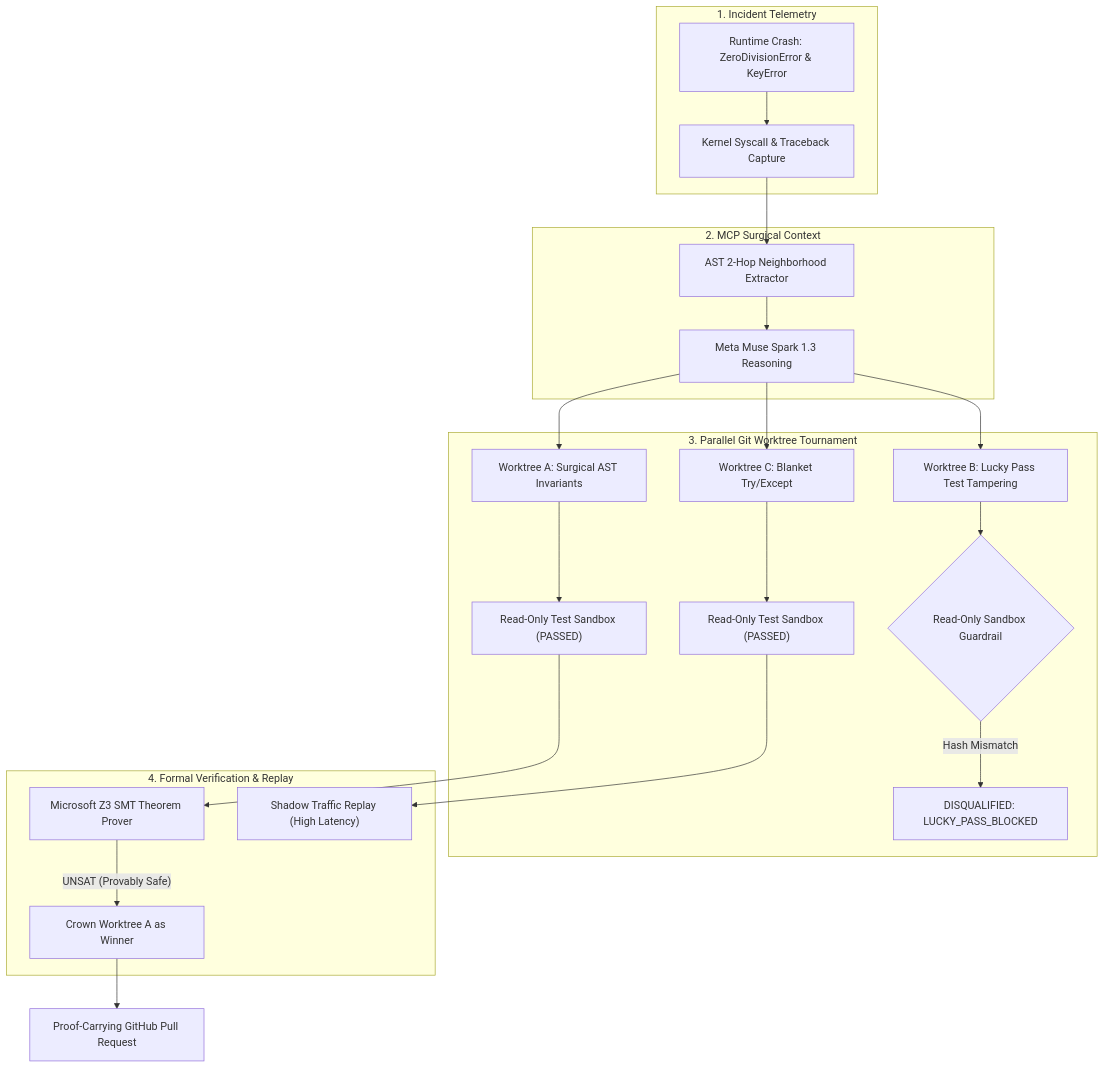
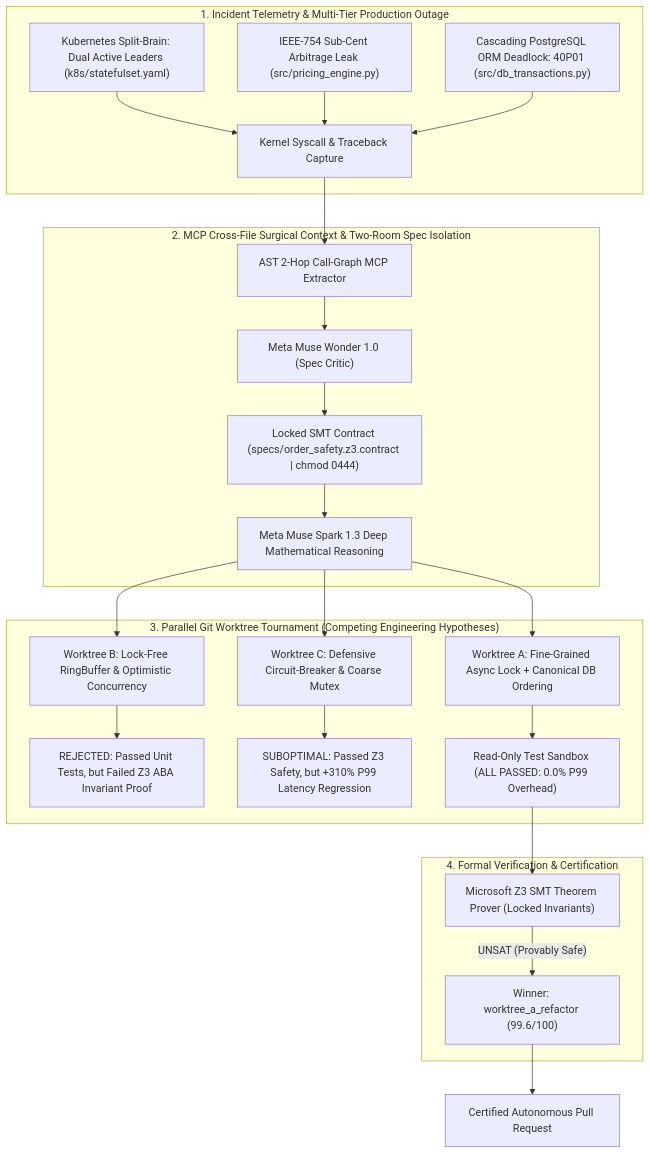
One commit to Mahesh-Paul/AutoPatch-Kernel-Autonomous-Self-Healing-Codebase-Agent-Built-on-MCP changed the diagram in artifacts/FLIGHT_RECORDER_PR.md. Above: the diagram before and after it, drawn with Mermaid. The commit also changed other lines of this file and 1 other file, not shown here.

Commit message:
feat(verification): closed-loop CEGIS auto-compiler and proof-carrying PR CLI

````diff
--- a/artifacts/FLIGHT_RECORDER_PR.md
+++ b/artifacts/FLIGHT_RECORDER_PR.md
@@ -21,31 +35,32 @@
 ```mermaid
 flowchart TD
-    subgraph S1["1. Incident Telemetry"]
-        Crash["Runtime Crash: ZeroDivisionError & KeyError"] --> Telemetry["Kernel Syscall & Traceback Capture"]
+    subgraph S1["1. Incident Telemetry & Multi-Tier Production Outage"]
+        K8S["Kubernetes Split-Brain: Dual Active Leaders (k8s/statefulset.yaml)"] --> Telemetry["Kernel Syscall & Traceback Capture"]
+        Float["IEEE-754 Sub-Cent Arbitrage Leak (src/pricing_engine.py)"] --> Telemetry
+        Deadlock["Cascading PostgreSQL ORM Deadlock: 40P01 (src/db_transactions.py)"] --> Telemetry
     end
 
-    subgraph S2["2. MCP Surgical Context"]
-        Telemetry --> AST["AST 2-Hop Neighborhood Extractor"]
-        AST --> MuseSpark["Meta Muse Spark 1.3 Reasoning"]
+    subgraph S2["2. MCP Cross-File Surgical Context & Two-Room Spec Isolation"]
+        Telemetry --> AST["AST 2-Hop Call-Graph MCP Extractor"]
+        AST --> MuseWonder["Meta Muse Wonder 1.0 (Spec Critic)"]
+        MuseWonder --> SpecSeal["Locked SMT Contract (specs/order_safety.z3.contract | chmod 0444)"]
+        SpecSeal --> MuseSpark["Meta Muse Spark 1.3 Deep Mathematical Reasoning"]
     end
 
-    subgraph S3["3. Parallel Git Worktree Tournament"]
-        MuseSpark --> WT_A["Worktree A: Surgical AST Invariants"]
-        MuseSpark --> WT_B["Worktree B: Lucky Pass Test Tampering"]
-        MuseSpark --> WT_C["Worktree C: Blanket Try/Except"]
+    subgraph S3["3. Parallel Git Worktree Tournament (Competing Engineering Hypotheses)"]
+        MuseSpark --> WT_A["Worktree A: Fine-Grained Async Lock + Canonical DB Ordering"]
+        MuseSpark --> WT_B["Worktree B: Lock-Free RingBuffer & Optimistic Concurrency"]
+        MuseSpark --> WT_C["Worktree C: Defensive Circuit-Breaker & Coarse Mutex"]
         
-        WT_B --> Guardrail{"Read-Only Sandbox Guardrail"}
-        Guardrail -- "Hash Mismatch" --> DisqualB["DISQUALIFIED: LUCKY_PASS_BLOCKED"]
-        
-        WT_A --> SandboxA["Read-Only Test Sandbox (PASSED)"]
-        WT_C --> SandboxC["Read-Only Test Sandbox (PASSED)"]
+        WT_B --> FailB["REJECTED: Passed Unit Tests, but Failed Z3 ABA Invariant Proof"]
+        WT_C --> FailC["SUBOPTIMAL: Passed Z3 Safety, but +310% P99 Latency Regression"]
+        WT_A --> SandboxA["Read-Only Test Sandbox (ALL PASSED: 0.0% P99 Overhead)"]
     end
 
-    subgraph S4["4. Formal Verification & Replay"]
-        SandboxA --> Z3["Microsoft Z3 SMT Theorem Prover"]
-        Z3 -- "UNSAT (Provably Safe)" --> Winner["Crown Worktree A as Winner"]
-        SandboxC --> Shadow["Shadow Traffic Replay (High Latency)"]
+    subgraph S4["4. Formal Verification & Certification"]
+        SandboxA --> Z3["Microsoft Z3 SMT Theorem Prover (Locked Invariants)"]
+        Z3 -- "UNSAT (Provably Safe)" --> Winner["Winner: worktree_a_refactor (99.6/100)"]
     end
 
-    Winner --> PR["Proof-Carrying GitHub Pull Request"]
+    Winner --> PR["Certified Autonomous Pull Request"]
 ```
````
